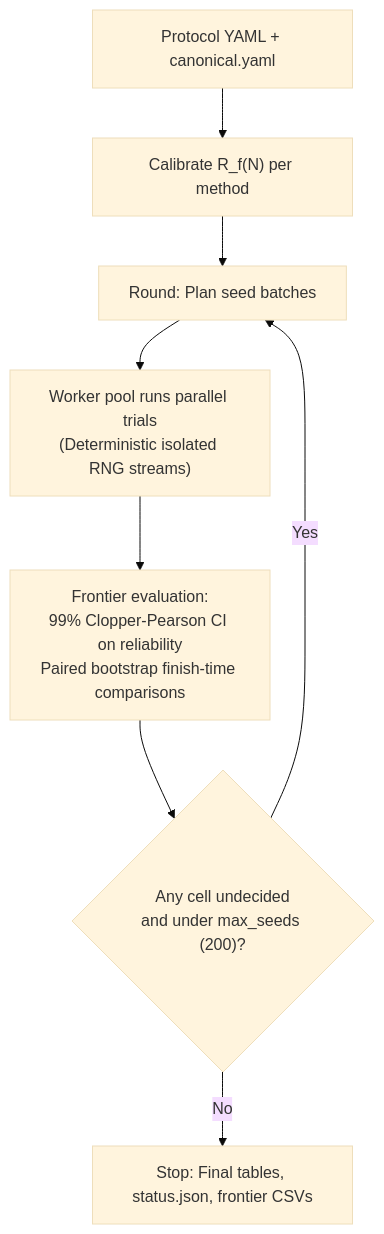
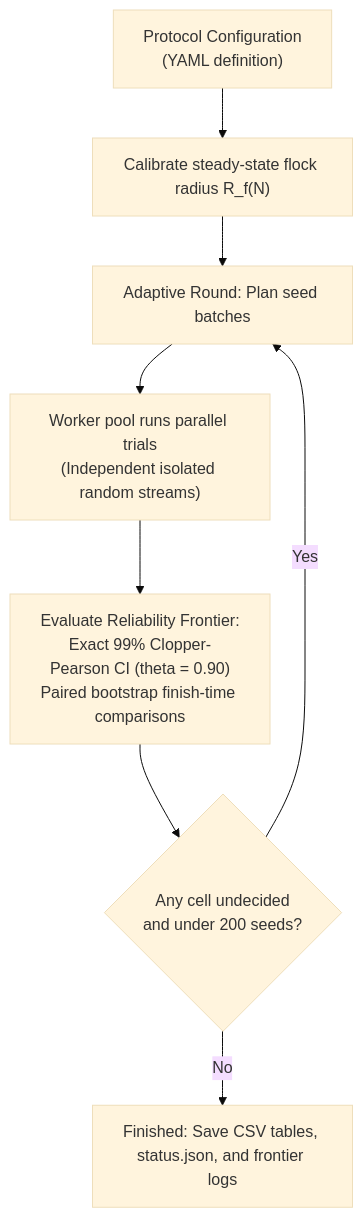
The diagram in README.md (lykimq/HerdSim), drawn with Mermaid (base theme) before and after one commit. The commit also changed other lines of this file and 1 other file, not shown here.

````diff
--- a/README.md
+++ b/README.md
@@ -102,10 +120,10 @@
 ```mermaid
 flowchart TD
-    P["Protocol YAML + canonical.yaml"] --> CAL["Calibrate R_f(N) per method"]
-    CAL --> R["Round: Plan seed batches"]
-    R --> W["Worker pool runs parallel trials<br/>(Deterministic isolated RNG streams)"]
-    W --> F["Frontier evaluation:<br/>99% Clopper-Pearson CI on reliability<br/>Paired bootstrap finish-time comparisons"]
-    F --> Q{"Any cell undecided<br/>and under max_seeds (200)?"}
+    P["Protocol Configuration<br/>(YAML definition)"] --> CAL["Calibrate steady-state flock radius R_f(N)"]
+    CAL --> R["Adaptive Round: Plan seed batches"]
+    R --> W["Worker pool runs parallel trials<br/>(Independent isolated random streams)"]
+    W --> F["Evaluate Reliability Frontier:<br/>Exact 99% Clopper-Pearson CI (theta = 0.90)<br/>Paired bootstrap finish-time comparisons"]
+    F --> Q{"Any cell undecided<br/>and under 200 seeds?"}
     Q -- Yes --> R
-    Q -- No --> S["Stop: Final tables, status.json, frontier CSVs"]
+    Q -- No --> S["Finished: Save CSV tables, status.json, and frontier logs"]
 ```
````
